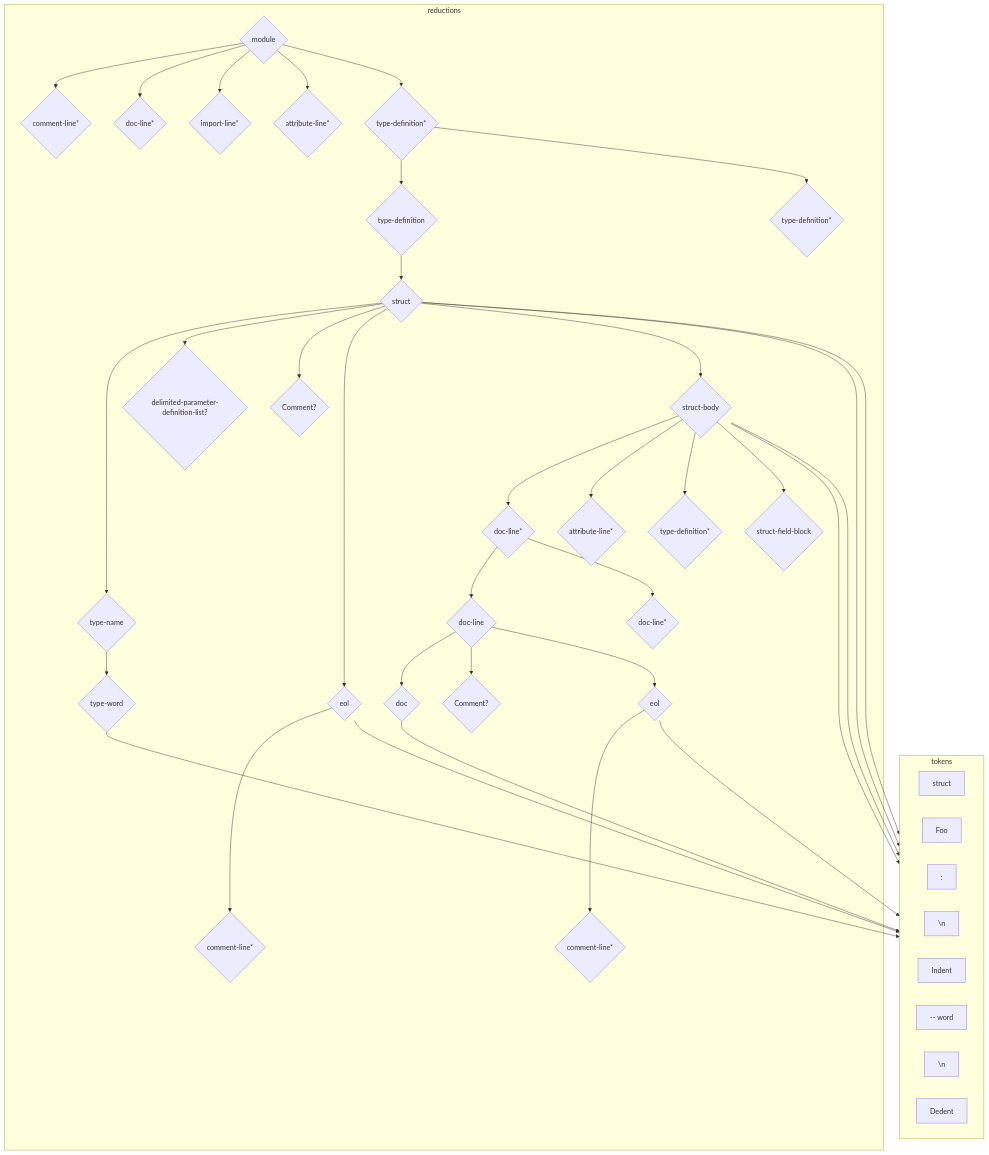
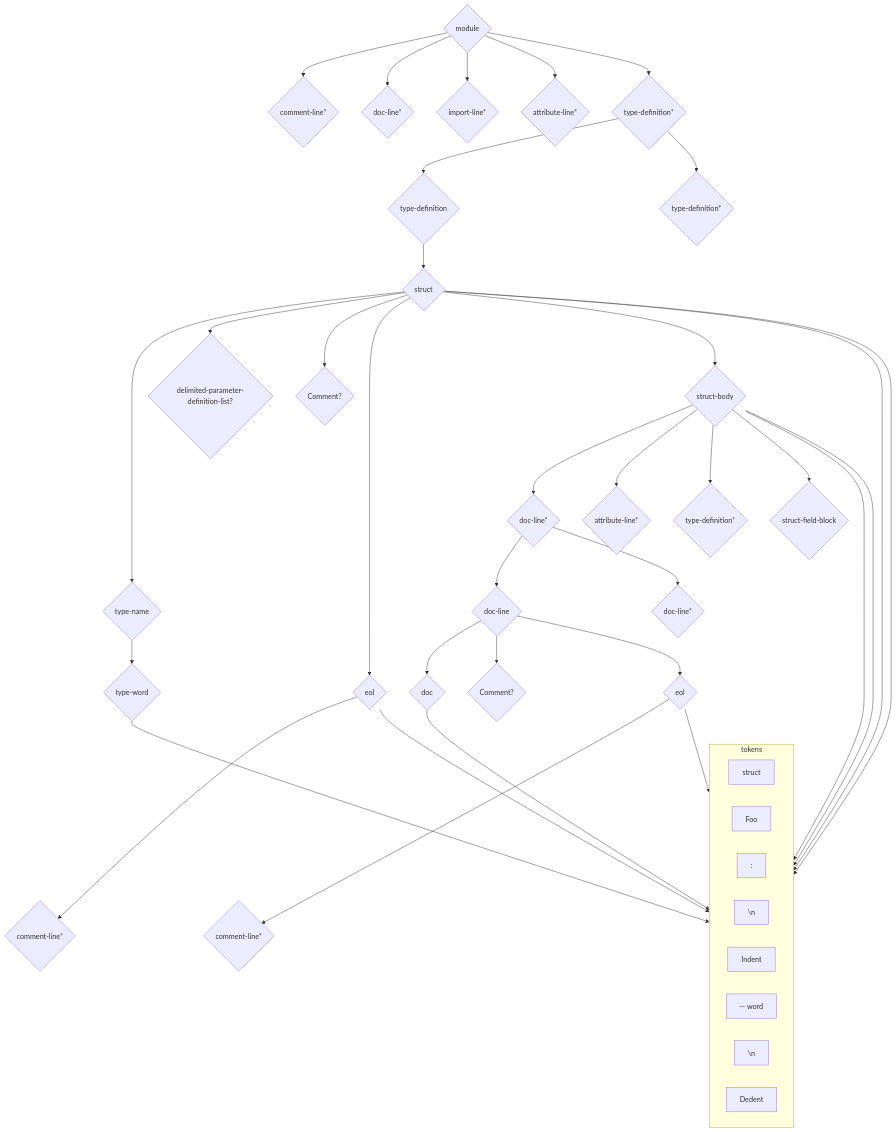
One commit to reventlov/emboss changed the seventh of 7 diagrams in doc/design.md. Above: the diagram before and after it, drawn with Mermaid.

````diff
--- a/doc/design.md
+++ b/doc/design.md
@@ -472,76 +472,73 @@
 ```mermaid
 graph TD
-    reductions ~~~ tokens
-    subgraph reductions
         r0@{shape: diamond, label: "module"}
         r1@{shape: diamond, label: "comment-line*"}
         r2@{shape: diamond, label: "doc-line*"}
         r3@{shape: diamond, label: "import-line*"}
         r4@{shape: diamond, label: "attribute-line*"}
         r5@{shape: diamond, label: "type-definition*"}
         r6@{shape: diamond, label: "type-definition"}
         r7@{shape: diamond, label: "struct"}
         r8@{shape: diamond, label: "type-name"}
         r9@{shape: diamond, label: "type-word"}
         r10@{shape: diamond, label: "delimited-parameter-definition-list?"}
         r11@{shape: diamond, label: "Comment?"}
         r12@{shape: diamond, label: "eol"}
         r13@{shape: diamond, label: "comment-line*"}
         r14@{shape: diamond, label: "struct-body"}
         r15@{shape: diamond, label: "doc-line*"}
         r16@{shape: diamond, label: "doc-line"}
         r17@{shape: diamond, label: "doc"}
         r18@{shape: diamond, label: "Comment?"}
         r19@{shape: diamond, label: "eol"}
         r20@{shape: diamond, label: "comment-line*"}
         r21@{shape: diamond, label: "doc-line*"}
         r22@{shape: diamond, label: "attribute-line*"}
         r23@{shape: diamond, label: "type-definition*"}
         r24@{shape: diamond, label: "struct-field-block"}
         r25@{shape: diamond, label: "type-definition*"}
-    end
     subgraph tokens
         direction LR
         t0@{shape: rect, label: "struct"}
         t1@{shape: rect, label: "Foo"}
         t2@{shape: rect, label: ":"}
         t3@{shape: rect, label: "\\n"}
         t4@{shape: rect, label: "Indent"}
         t5@{shape: rect, label: "-- word"}
         t6@{shape: rect, label: "\\n"}
         t7@{shape: rect, label: "Dedent"}
     end
     r0 --> r1
     r0 --> r2
     r0 --> r3
     r0 --> r4
     r0 --> r5
     r5 --> r6
     r5 --> r25
     r6 --> r7
     r7 --> t0
     r7 --> r8
     r7 --> r10
     r7 --> t2
     r7 --> r11
     r7 --> r12
     r7 --> r14
     r8 --> r9
     r9 --> t1
     r12 --> t3
     r12 --> r13
     r14 --> t4
     r14 --> r15
     r14 --> r22
     r14 --> r23
     r14 --> r24
     r14 --> t7
     r15 --> r16
     r15 --> r21
     r16 --> r17
     r16 --> r18
     r16 --> r19
     r17 --> t5
     r19 --> t6
     r19 --> r20
 ```
````
